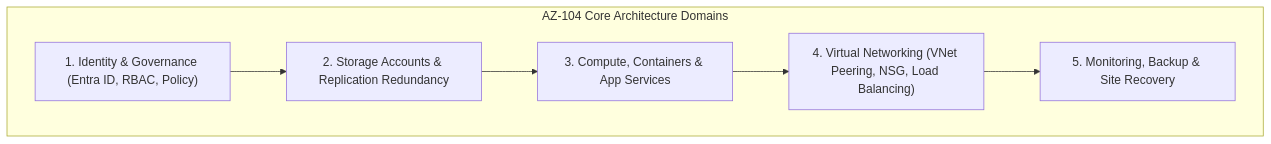
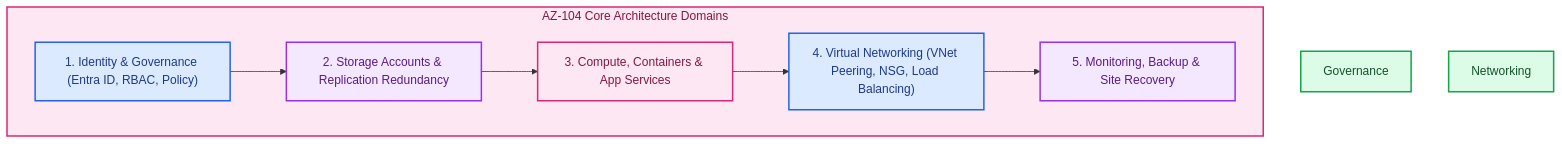
Before and after one commit to RobinaMirbahar/AZ-104-Microsoft-Azure-Administrator-Study-Guide: the diagram in README.md, drawn with Mermaid. The commit also changed other lines of this file, not shown here.

Commit message:
docs: add 3-line Author & Companion Publication header, color-coded Mermaid diagram, and remove repetitive footer

````diff
--- a/README.md
+++ b/README.md
@@ -33,11 +33,19 @@
 ```mermaid
 flowchart TD
     subgraph Domains ["AZ-104 Core Architecture Domains"]
         D1["1. Identity & Governance (Entra ID, RBAC, Policy)"]
         D2["2. Storage Accounts & Replication Redundancy"]
         D3["3. Compute, Containers & App Services"]
         D4["4. Virtual Networking (VNet Peering, NSG, Load Balancing)"]
         D5["5. Monitoring, Backup & Site Recovery"]
     end
     D1 --> D2 --> D3 --> D4 --> D5
+    style Domains fill:#fce7f3,stroke:#db2777,stroke-width:2px,color:#831843
+    style D1 fill:#dbeafe,stroke:#2563eb,stroke-width:2px,color:#1e3a8a
+    style Governance fill:#dcfce7,stroke:#16a34a,stroke-width:2px,color:#14532d
+    style D2 fill:#f3e8ff,stroke:#9333ea,stroke-width:2px,color:#581c87
+    style D3 fill:#fce7f3,stroke:#db2777,stroke-width:2px,color:#831843
+    style D4 fill:#dbeafe,stroke:#2563eb,stroke-width:2px,color:#1e3a8a
+    style Networking fill:#dcfce7,stroke:#16a34a,stroke-width:2px,color:#14532d
+    style D5 fill:#f3e8ff,stroke:#9333ea,stroke-width:2px,color:#581c87
 ```
````
